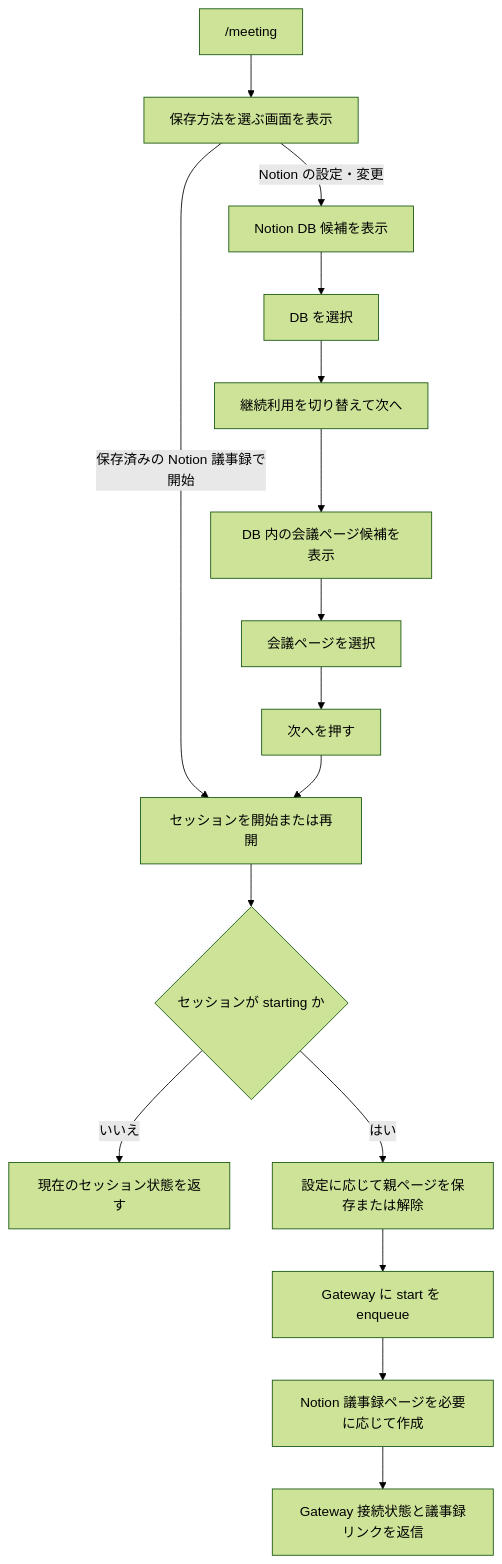
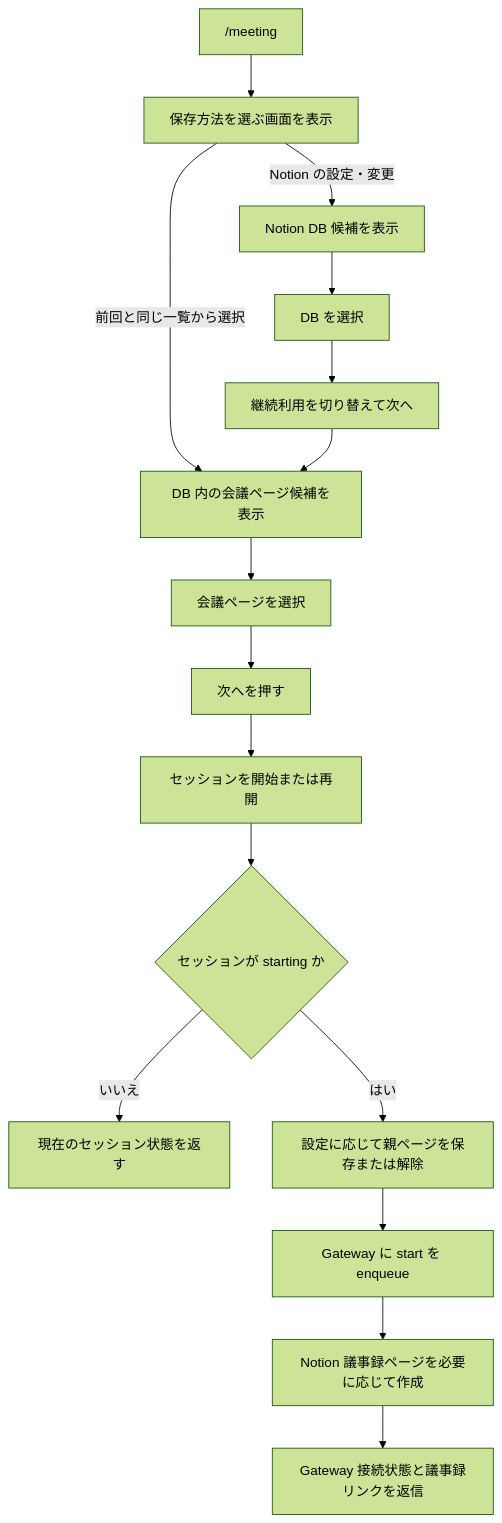
Before and after one commit to tuatmcc/ai-meeting-minutes-bot: the second of 2 diagrams in docs/discord-interaction-flows.md, drawn with Mermaid (forest theme). The commit also changed other lines of this file and 6 other files, not shown here.

````diff
--- a/docs/discord-interaction-flows.md
+++ b/docs/discord-interaction-flows.md
@@ -37,18 +37,18 @@
 ```mermaid
 flowchart TD
     A["/meeting"] --> B["保存方法を選ぶ画面を表示"]
-    B -->|保存済みの Notion 議事録で開始| H["保存済み親ページでセッションを開始"]
+    B -->|前回と同じ一覧から選択| G["前回と同じ DB の会議ページ候補を表示"]
     B -->|Notion の設定・変更| D["Notion DB 候補を表示"]
     D --> E["DB を選択"]
     E --> F["継続利用を切り替えて次へ"]
     F --> G["DB 内の会議ページ候補を表示"]
     G --> I["会議ページを選択"]
     I --> J["次へを押す"]
     J --> H["セッションを開始または再開"]
     H --> K{"セッションが starting か"}
     K -->|いいえ| Z["現在のセッション状態を返す"]
     K -->|はい| L["設定に応じて親ページを保存または解除"]
     L --> M["Gateway に start を enqueue"]
     M --> N["Notion 議事録ページを必要に応じて作成"]
     N --> O["Gateway 接続状態と議事録リンクを返信"]
 ```
````
